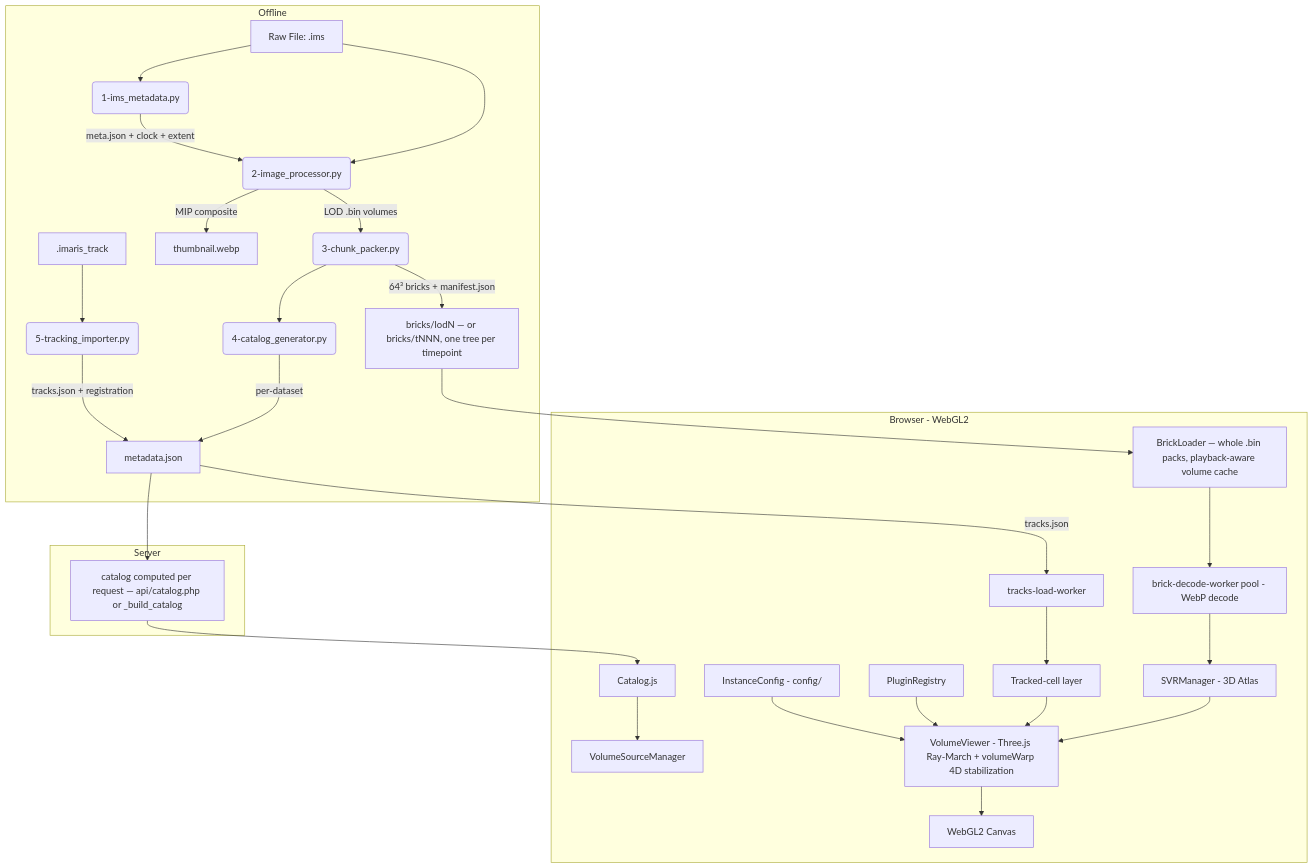
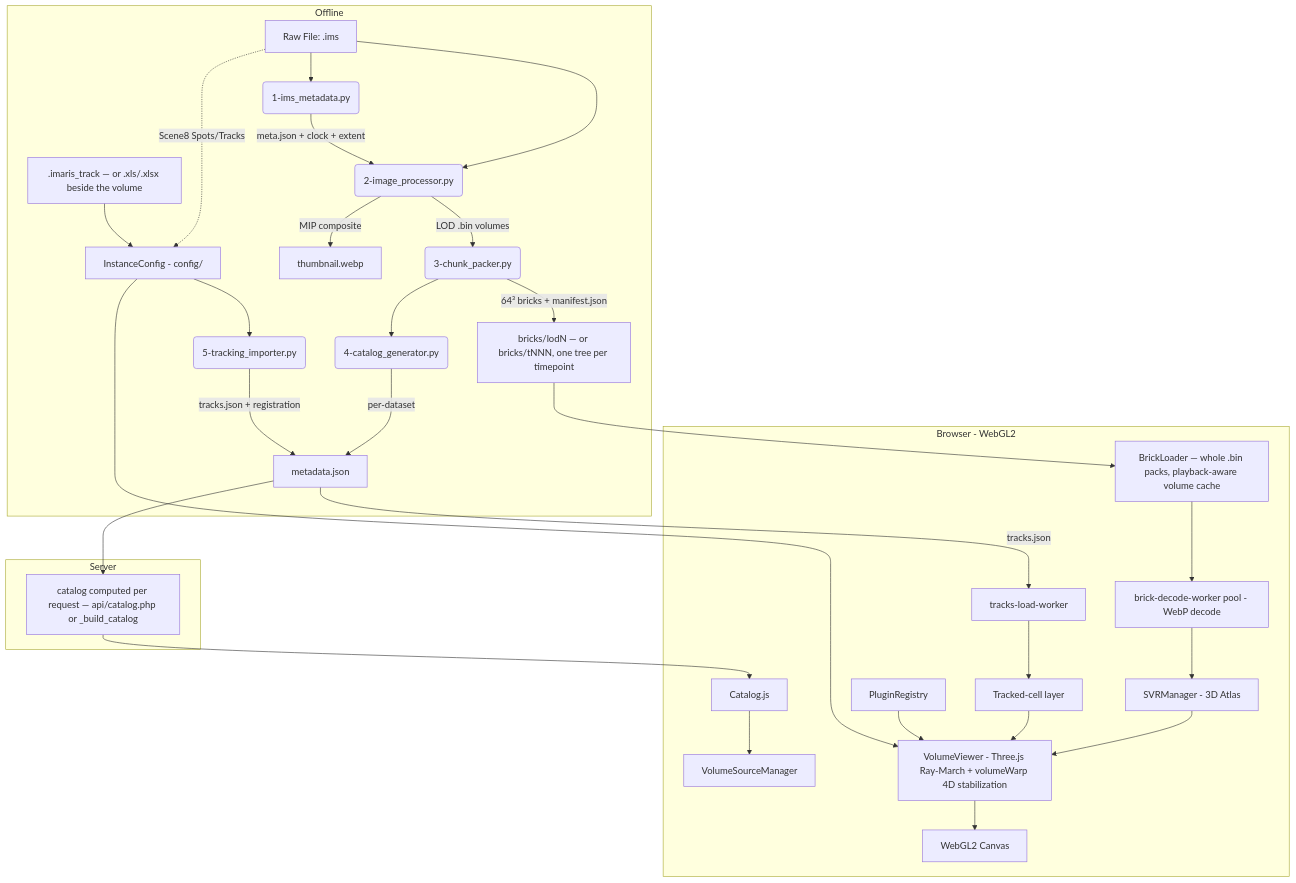
One commit to nutchaxo/lumen3D changed the diagram in README.md. Above: the diagram before and after it, drawn with Mermaid. The commit also changed other lines of this file and 13 other files, not shown here.

````diff
--- a/README.md
+++ b/README.md
@@ -87,34 +87,36 @@
 ```mermaid
 graph TD
     subgraph Preprocessing Pipeline [Offline]
         A[Raw File: .ims] --> B(1-ims_metadata.py)
         A --> C(2-image_processor.py)
         B -->|meta.json + clock + extent| C
         C -->|LOD .bin volumes| D(3-chunk_packer.py)
         C -->|MIP composite| E[thumbnail.webp]
         D -->|64³ bricks + manifest.json| F["bricks/lodN — or bricks/tNNN, one tree per timepoint"]
         D --> G(4-catalog_generator.py)
         G -->|per-dataset| H[metadata.json]
-        T[.imaris_track] --> U(5-tracking_importer.py)
+        A -.->|Scene8 Spots/Tracks| S(tracking_sources.py)
+        T[".imaris_track — or .xls/.xlsx beside the volume"] --> S
+        S --> U(5-tracking_importer.py)
         U -->|tracks.json + registration| H
     end
 
     subgraph Server
         H --> I["catalog computed per request — api/catalog.php or _build_catalog"]
     end
 
     subgraph Client [Browser - WebGL2]
         I --> J[Catalog.js]
         J --> K[VolumeSourceManager]
         F --> L["BrickLoader — whole .bin packs, playback-aware volume cache"]
         L --> N[brick-decode-worker pool - WebP decode]
         N --> O[SVRManager - 3D Atlas]
         O --> P["VolumeViewer - Three.js Ray-March + volumeWarp 4D stabilization"]
         P --> Q[WebGL2 Canvas]
         H -->|tracks.json| V[tracks-load-worker]
         V --> W[Tracked-cell layer]
         W --> P
         R[PluginRegistry] --> P
         S[InstanceConfig - config/] --> P
     end
 ```
````
